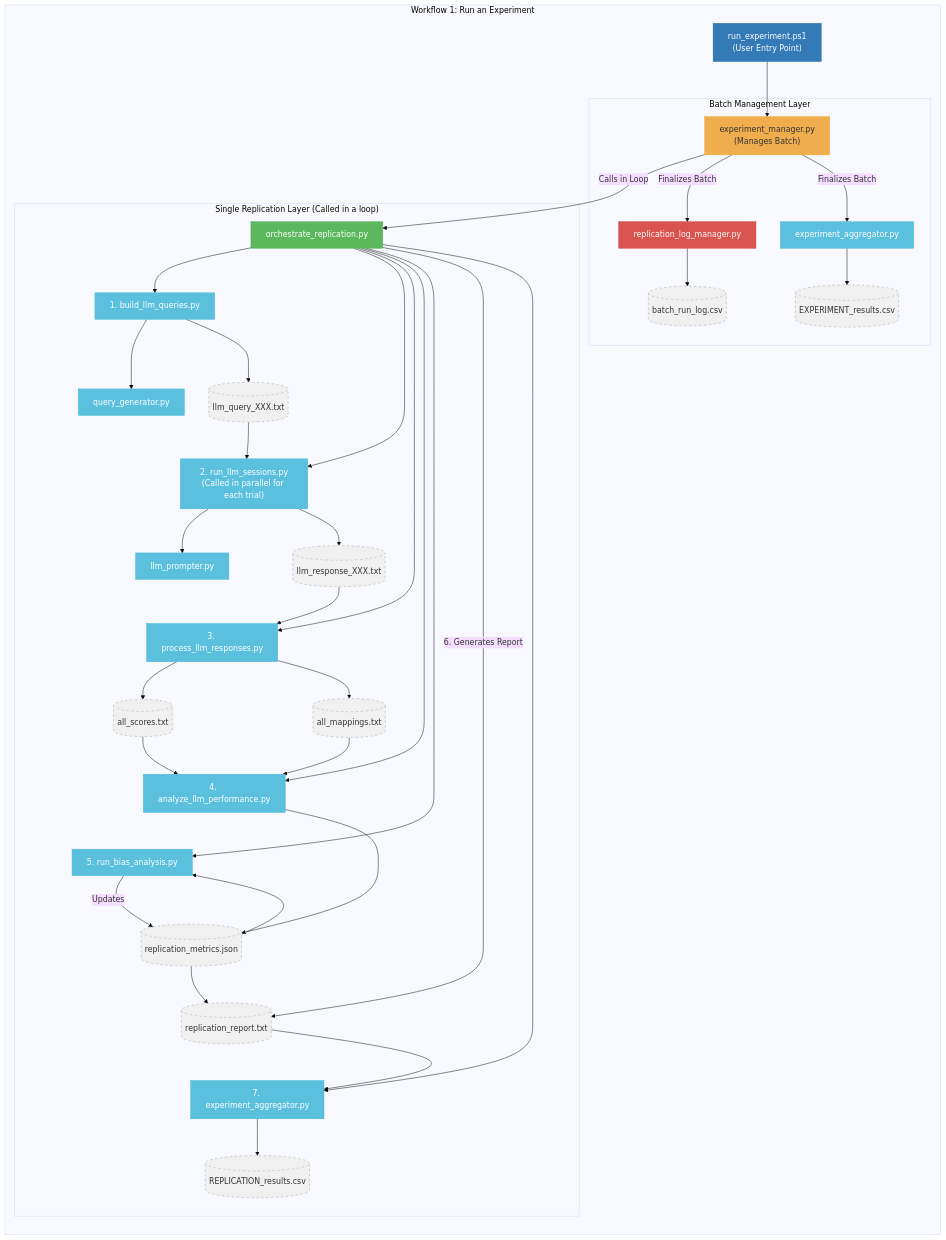
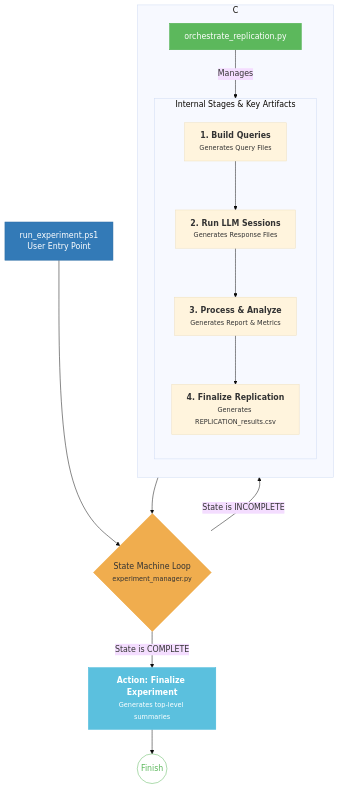
The diagram in docs/diagrams/architecture_workflow_1_run_experiment.mmd (peterjmarko/llm-narrative-framework), drawn with Mermaid (base theme) before and after one commit. The commit also changed 15 other files, not shown here.

```diff
--- a/docs/diagrams/architecture_workflow_1_run_experiment.mmd
+++ b/docs/diagrams/architecture_workflow_1_run_experiment.mmd
@@ -1,103 +1,29 @@
 graph TD
-    %% 1. Define all nodes first
-    EntryPoint["run_experiment.ps1<br/>(User Entry Point)"]:::entry
-    BatchManager["experiment_manager.py<br/>(Manages Batch)"]:::layer_orange
-    LogManager["replication_log_manager.py"]:::danger
-    BatchLog[("batch_run_log.csv")]:::artifact
-    FinalAggregator["experiment_aggregator.py"]:::script
-    ReplResults[("REPLICATION_results.csv")]:::artifact
-    ExpResults[("EXPERIMENT_results.csv")]:::artifact
+    %% Main Control Flow
+    A[run_experiment.ps1<br>User Entry Point]:::entry --> B{State Machine Loop<br><small>experiment_manager.py</small>}:::layer_orange;
     
-    ReplicationOrchestrator["orchestrate_replication.py"]:::layer_green
-    BuildQueries["1. build_llm_queries.py"]:::script
-    QueryGenerator["query_generator.py"]:::script
-    LLMQueries[("llm_query_XXX.txt")]:::artifact
-    RunSessions["2. run_llm_sessions.py<br/>(Called in parallel for each trial)"]:::script
-    LLMPrompter["llm_prompter.py"]:::script
-    LLMResponses[("llm_response_XXX.txt")]:::artifact
-    ProcessResponses["3. process_llm_responses.py"]:::script
-    AllScores[("all_scores.txt")]:::artifact
-    AllMappings[("all_mappings.txt")]:::artifact
-    AnalyzePerformance["4. analyze_llm_performance.py"]:::script
-    BiasAnalysis["5. run_bias_analysis.py"]:::script
-    ReplicationMetrics[("replication_metrics.json")]:::artifact
-    ReplicationReport[("replication_report.txt")]:::artifact
-    Aggregator["7. experiment_aggregator.py"]:::script
+    B -- "State is INCOMPLETE" --> C["<b>Action: Run/Repair Replication</b>"];
+    C --> B;
+    
+    B -- "State is COMPLETE" --> F["<b>Action: Finalize Experiment</b><br><small>Generates top-level summaries</small>"]:::script;
+    F --> G((Finish)):::finish_node;
 
-    %% 2. Define connections
-    EntryPoint --> BatchManager
-    BatchManager -- "Calls in Loop" --> ReplicationOrchestrator
-    BatchManager -- "Finalizes Batch" --> LogManager
-    LogManager --> BatchLog
+    subgraph C
+        direction TB
+        Orchestrator["orchestrate_replication.py"]:::layer_green
+        subgraph "Internal Stages & Key Artifacts"
+            direction TB
+            S1["<b>1. Build Queries</b><br><small>Generates Query Files</small>"] --> S2;
+            S2["<b>2. Run LLM Sessions</b><br><small>Generates Response Files</small>"] --> S3;
+            S3["<b>3. Process & Analyze</b><br><small>Generates Report & Metrics</small>"] --> S4;
+            S4["<b>4. Finalize Replication</b><br><small>Generates REPLICATION_results.csv</small>"]
+        end
+        Orchestrator -- "Manages" --> S1;
+    end
     
-    %% The orchestrator now handles the full 6-stage replication pipeline
-    ReplicationOrchestrator --> BuildQueries
-    ReplicationOrchestrator --> RunSessions
-    ReplicationOrchestrator --> ProcessResponses
-    ReplicationOrchestrator --> AnalyzePerformance
-    ReplicationOrchestrator --> BiasAnalysis
-    ReplicationOrchestrator -- "6. Generates Report" --> ReplicationReport
-    ReplicationOrchestrator --> Aggregator
-
-    %% Add invisible links to force the visual order of the stages
-    BuildQueries ~~~ RunSessions ~~~ ProcessResponses ~~~ AnalyzePerformance ~~~ BiasAnalysis ~~~ ReplicationReport ~~~ Aggregator
-
-    BatchManager -- "Finalizes Batch" --> FinalAggregator
-    FinalAggregator --> ExpResults
-    Aggregator --> ReplResults
-
-    BuildQueries --> QueryGenerator
-    BuildQueries --> LLMQueries
-    LLMQueries --> RunSessions
-    RunSessions --> LLMPrompter
-    RunSessions --> LLMResponses
-    LLMResponses --> ProcessResponses
-    ProcessResponses --> AllScores
-    ProcessResponses --> AllMappings
-    AllScores --> AnalyzePerformance
-    AllMappings --> AnalyzePerformance
-    AnalyzePerformance --> ReplicationMetrics
-    ReplicationMetrics --> BiasAnalysis
-    BiasAnalysis -- "Updates" --> ReplicationMetrics
-    ReplicationMetrics --> ReplicationReport
-    ReplicationReport --> Aggregator
-
-    %% 3. Group nodes into subgraphs using their IDs
-    subgraph "Workflow 1: Run an Experiment"
-        direction TB
-        EntryPoint
-        subgraph "Batch Management Layer"
-            BatchManager
-            LogManager
-            BatchLog
-            FinalAggregator
-            ExpResults
-        end
-        
-        subgraph "Single Replication Layer (Called in a loop)"
-            ReplicationOrchestrator
-            BuildQueries
-            QueryGenerator
-            LLMQueries
-            RunSessions
-            LLMPrompter
-            LLMResponses
-            ProcessResponses
-            AllScores
-            AllMappings
-            AnalyzePerformance
-            BiasAnalysis
-            Aggregator
-            ReplicationMetrics
-            ReplicationReport
-            ReplResults
-        end
-    end
-
-    %% 4. Styling
+    %% Styling
     classDef entry fill:#337ab7,stroke:#2e6da4,color:#fff;
     classDef layer_orange fill:#f0ad4e,stroke:#eea236,color:#333;
     classDef layer_green fill:#5cb85c,stroke:#4cae4c,color:#fff;
     classDef script fill:#5bc0de,stroke:#46b8da,color:#fff;
-    classDef danger fill:#d9534f,stroke:#d43f3a,color:#fff;
-    classDef artifact fill:#f0f0f0,stroke:#ccc,stroke-width:2px,stroke-dasharray: 5 5;
+    classDef finish_node fill:#fff,stroke:#5cb85c,color:#5cb85c;
```
